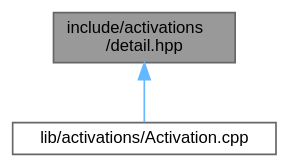
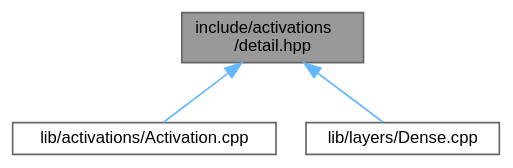
Before and after one commit to Nalin-Angrish/FlexNN: the diagram in detail_8hpp__dep__incl.dot, drawn with Graphviz. The commit also changed 153 other files, not shown here.

```diff
--- a/detail_8hpp__dep__incl.dot
+++ b/detail_8hpp__dep__incl.dot
@@ -1,10 +1,12 @@
 digraph "include/activations/detail.hpp"
 {
  // LATEX_PDF_SIZE
   bgcolor="transparent";
   edge [fontname=Helvetica,fontsize=10,labelfontname=Helvetica,labelfontsize=10];
   node [fontname=Helvetica,fontsize=10,shape=box,height=0.2,width=0.4];
   Node1 [id="Node000001",label="include/activations\l/detail.hpp",height=0.2,width=0.4,color="gray40", fillcolor="grey60", style="filled", fontcolor="black",tooltip="Convenience re-export for activation detail headers."];
   Node1 -> Node2 [id="edge1_Node000001_Node000002",dir="back",color="steelblue1",style="solid",tooltip=" "];
   Node2 [id="Node000002",label="lib/activations/Activation.cpp",height=0.2,width=0.4,color="grey40", fillcolor="white", style="filled",URL="$Activation_8cpp.html",tooltip="Implements FlexNN::Activations helpers (to_string, try_parse, dispatch)."];
+  Node1 -> Node3 [id="edge2_Node000001_Node000003",dir="back",color="steelblue1",style="solid",tooltip=" "];
+  Node3 [id="Node000003",label="lib/layers/Dense.cpp",height=0.2,width=0.4,color="grey40", fillcolor="white", style="filled",URL="$Dense_8cpp.html",tooltip="Implements FlexNN::Layers::Dense forward/backward/update."];
 }
```
